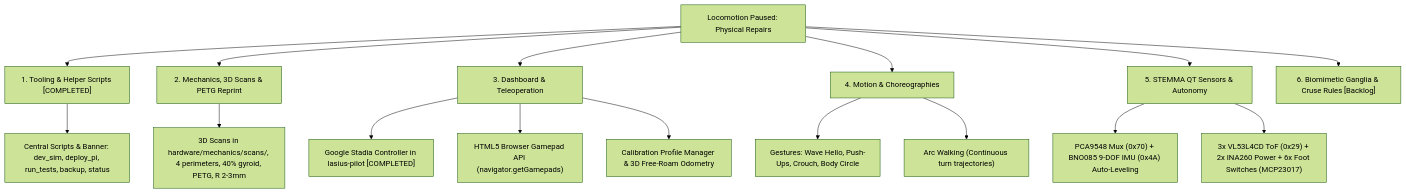
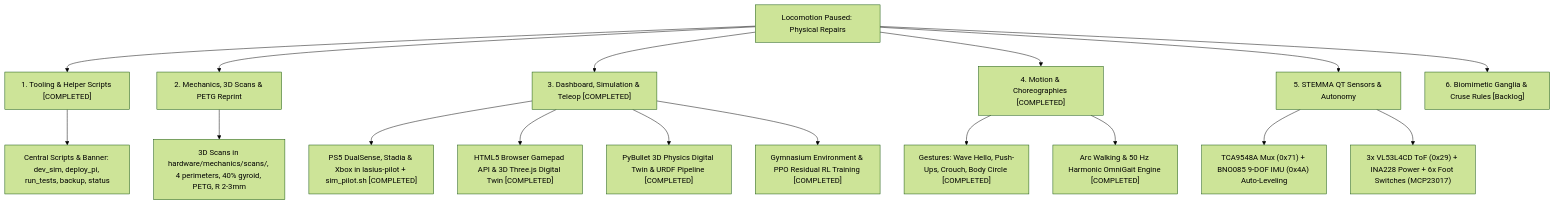
Before and after one commit to vern-da-coda/lasius: the diagram in docs/roadmap.md, drawn with Mermaid (forest theme). The commit also changed other lines of this file, not shown here.

Commit message:
docs(roadmap): update milestone progress with PyBullet 3D physics, Gymnasium RL and test status

````diff
--- a/docs/roadmap.md
+++ b/docs/roadmap.md
@@ -43,19 +50,20 @@
 ```mermaid
 flowchart TD
     A["Locomotion Paused: Physical Repairs"] --> B["1. Tooling & Helper Scripts [COMPLETED]"]
     A --> C["2. Mechanics, 3D Scans & PETG Reprint"]
-    A --> D["3. Dashboard & Teleoperation"]
-    A --> E["4. Motion & Choreographies"]
+    A --> D["3. Dashboard, Simulation & Teleop [COMPLETED]"]
+    A --> E["4. Motion & Choreographies [COMPLETED]"]
     A --> F["5. STEMMA QT Sensors & Autonomy"]
     A --> G["6. Biomimetic Ganglia & Cruse Rules [Backlog]"]
 
     B --> B1["Central Scripts & Banner: dev_sim, deploy_pi, run_tests, backup, status"]
     C --> C1["3D Scans in hardware/mechanics/scans/, 4 perimeters, 40% gyroid, PETG, R 2-3mm"]
-    D --> D1["Google Stadia Controller in lasius-pilot [COMPLETED]"]
-    D --> D2["HTML5 Browser Gamepad API (navigator.getGamepads)"]
-    D --> D3["Calibration Profile Manager & 3D Free-Roam Odometry"]
-    E --> E1["Gestures: Wave Hello, Push-Ups, Crouch, Body Circle"]
-    E --> E2["Arc Walking (Continuous turn trajectories)"]
-    F --> F1["PCA9548 Mux (0x70) + BNO085 9-DOF IMU (0x4A) Auto-Leveling"]
-    F --> F2["3x VL53L4CD ToF (0x29) + 2x INA260 Power + 6x Foot Switches (MCP23017)"]
+    D --> D1["PS5 DualSense, Stadia & Xbox in lasius-pilot + sim_pilot.sh [COMPLETED]"]
+    D --> D2["HTML5 Browser Gamepad API & 3D Three.js Digital Twin [COMPLETED]"]
+    D --> D3["PyBullet 3D Physics Digital Twin & URDF Pipeline [COMPLETED]"]
+    D --> D4["Gymnasium Environment & PPO Residual RL Training [COMPLETED]"]
+    E --> E1["Gestures: Wave Hello, Push-Ups, Crouch, Body Circle [COMPLETED]"]
+    E --> E2["Arc Walking & 50 Hz Harmonic OmniGait Engine [COMPLETED]"]
+    F --> F1["TCA9548A Mux (0x71) + BNO085 9-DOF IMU (0x4A) Auto-Leveling"]
+    F --> F2["3x VL53L4CD ToF (0x29) + INA228 Power + 6x Foot Switches (MCP23017)"]
 ```
````
